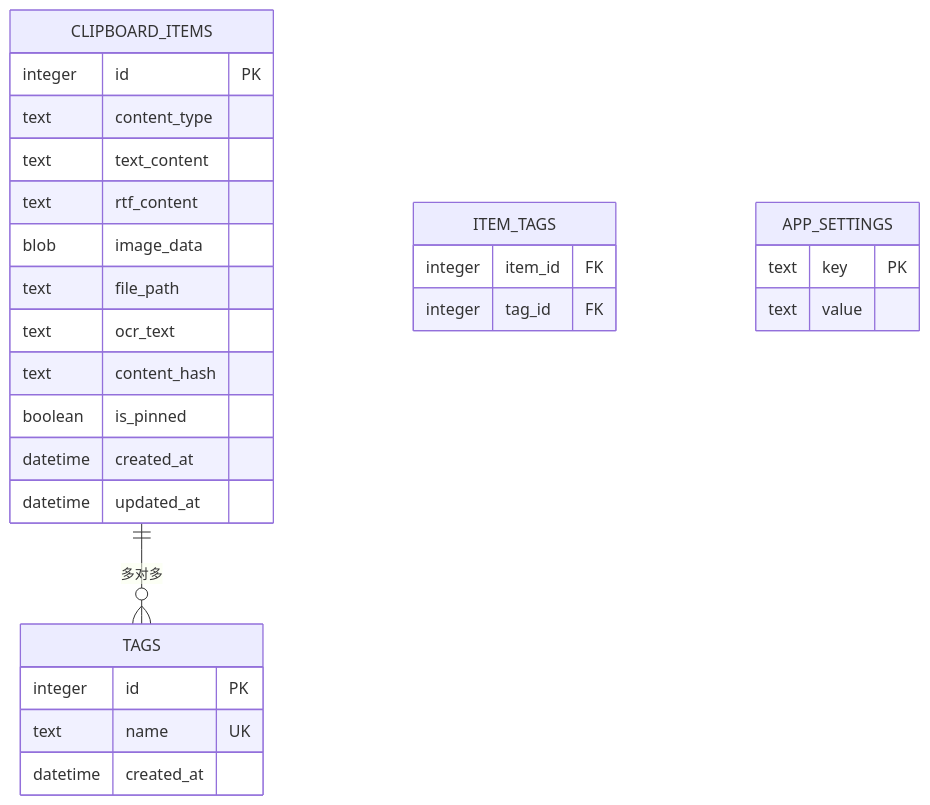
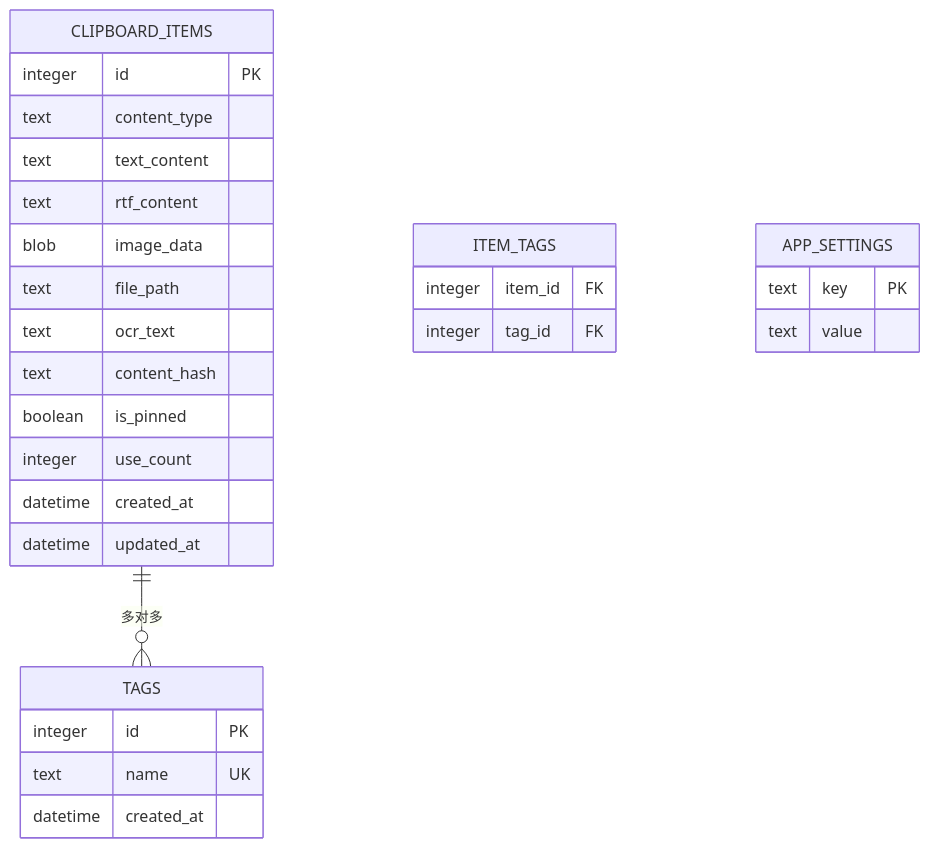
Before and after one commit to freeabyss/assistant: the diagram in doc/architecture_db.md, drawn with Mermaid. The commit also changed other lines of this file and 3 other files, not shown here.

Commit message:
docs: align architecture with PRD - add screenshot module, fix system overview as unified efficiency entry, add use_count field

````diff
--- a/doc/architecture_db.md
+++ b/doc/architecture_db.md
@@ -9,30 +9,31 @@
 ```mermaid
 erDiagram
     CLIPBOARD_ITEMS ||--o{ TAGS : "多对多"
     CLIPBOARD_ITEMS {
         integer id PK
         text content_type
         text text_content
         text rtf_content
         blob image_data
         text file_path
         text ocr_text
         text content_hash
         boolean is_pinned
+        integer use_count
         datetime created_at
         datetime updated_at
     }
     TAGS {
         integer id PK
         text name UK
         datetime created_at
     }
     ITEM_TAGS {
         integer item_id FK
         integer tag_id FK
     }
     APP_SETTINGS {
         text key PK
         text value
     }
 ```
````
